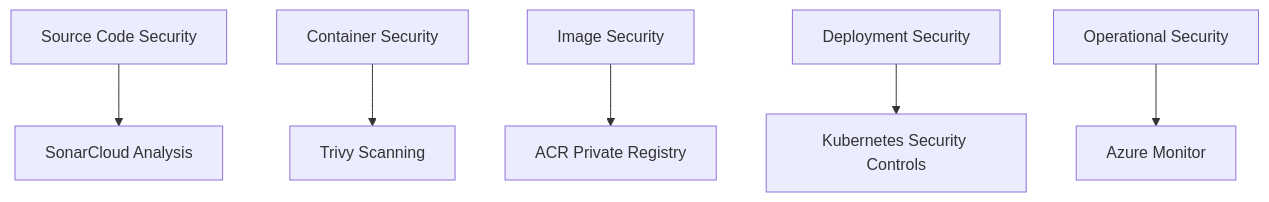
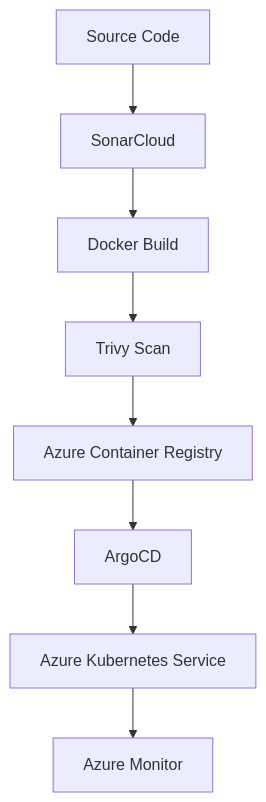
Before and after one commit to bymalathi/flavorforge-azure-devsecops-capstone: diagram 17 of 29 in README.md, drawn with Mermaid. The commit also changed other lines of this file, not shown here.

````diff
--- a/README.md
+++ b/README.md
@@ -852,8 +1012,19 @@
 ```mermaid
 flowchart TD
-    A[Source Code Security] --> B[SonarCloud Analysis]
-    C[Container Security] --> D[Trivy Scanning]
-    E[Image Security] --> F[ACR Private Registry]
-    G[Deployment Security] --> H[Kubernetes Security Controls]
-    I[Operational Security] --> J[Azure Monitor]
+    A[Source Code]
+    B[SonarCloud]
+    C[Docker Build]
+    D[Trivy Scan]
+    E[Azure Container Registry]
+    F[Azure Kubernetes Service]
+    G[ArgoCD]
+    H[Azure Monitor]
+
+    A --> B
+    B --> C
+    C --> D
+    D --> E
+    E --> G
+    G --> F
+    F --> H
 ```
````
